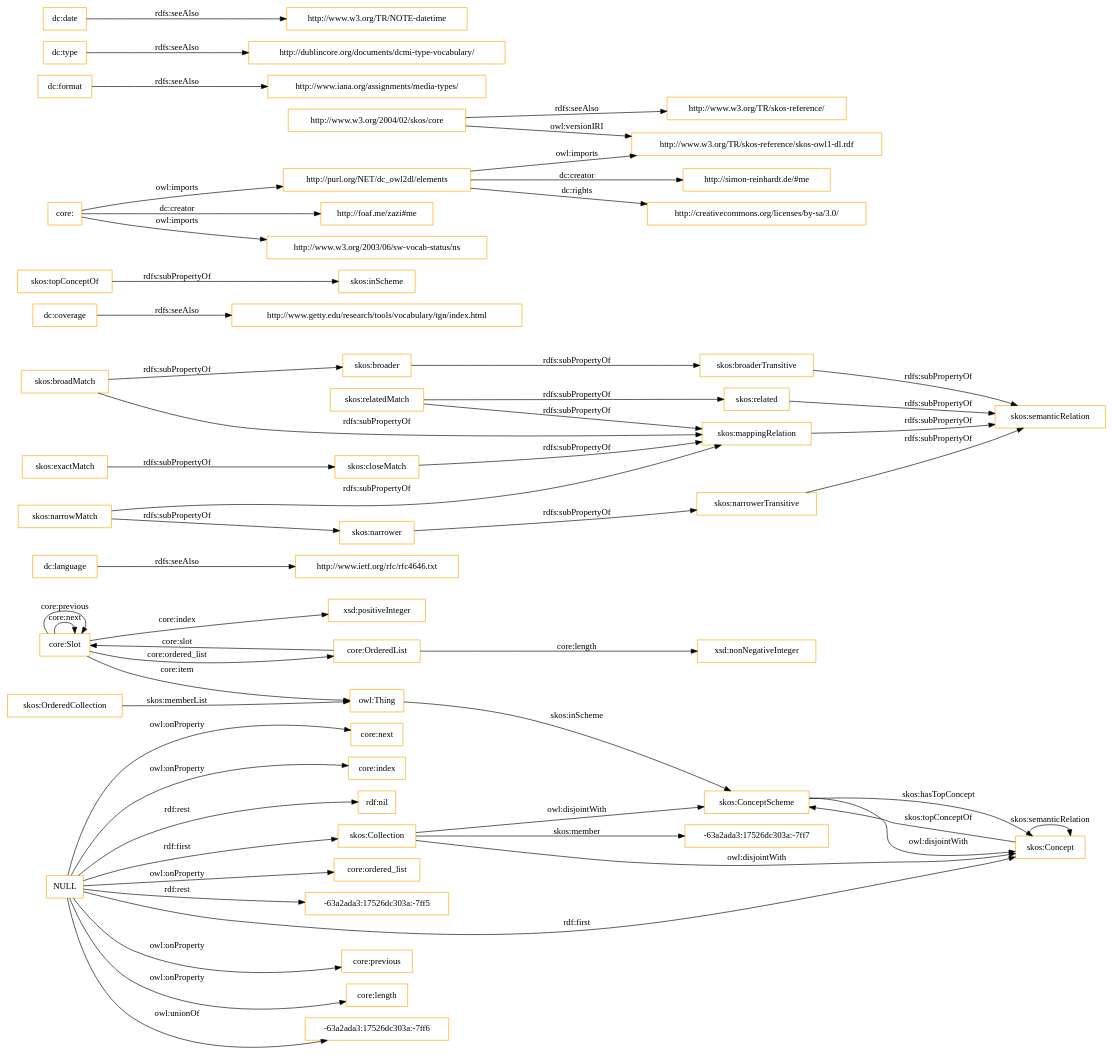
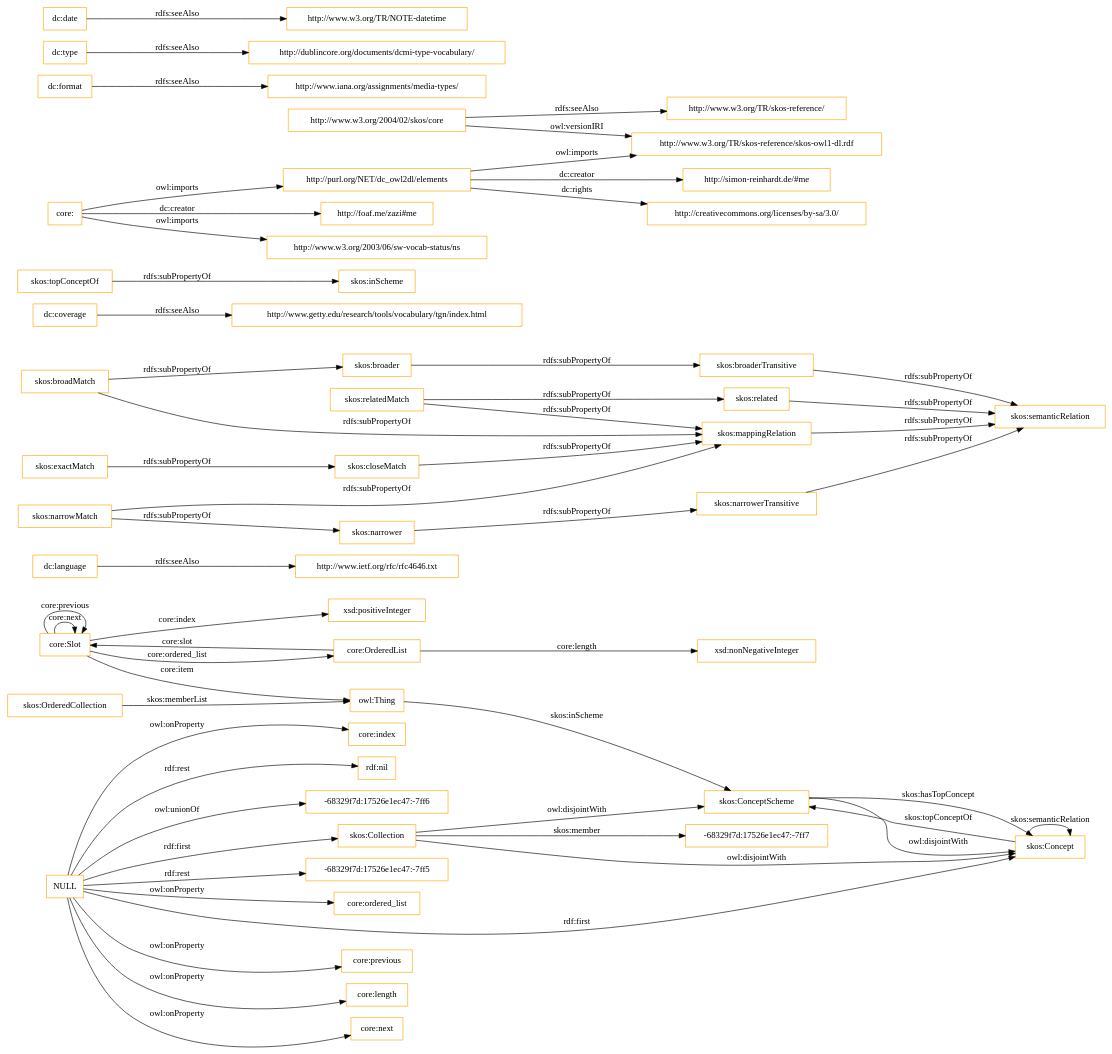
The diagram in OnToology/imports/core.owl/diagrams/ar2dtool-class/core.owl.png.dot (OnToologyUser/core-ontology-1), drawn with Graphviz before and after one commit. The commit also changed 14 other files, not shown here.

```diff
--- a/OnToology/imports/core.owl/diagrams/ar2dtool-class/core.owl.png.dot
+++ b/OnToology/imports/core.owl/diagrams/ar2dtool-class/core.owl.png.dot
@@ -1,60 +1,60 @@
 digraph ar2dtool_diagram { 
 rankdir=LR;
 size="1501"
-node [shape = rectangle, color="orange"]; "core:Slot" "core:OrderedList" "-63a2ada3:17526dc303a:-7ff7" "skos:OrderedCollection" "skos:Collection" "skos:ConceptScheme" "skos:Concept" ; /*classes style*/
+node [shape = rectangle, color="orange"]; "core:Slot" "core:OrderedList" "-68329f7d:17526e1ec47:-7ff7" "skos:OrderedCollection" "skos:Collection" "skos:ConceptScheme" "skos:Concept" ; /*classes style*/
 	"dc:language" -> "http://www.ietf.org/rfc/rfc4646.txt" [ label = "rdfs:seeAlso" ];
 	"NULL" -> "core:previous" [ label = "owl:onProperty" ];
 	"NULL" -> "core:length" [ label = "owl:onProperty" ];
 	"NULL" -> "skos:Concept" [ label = "rdf:first" ];
-	"NULL" -> "-63a2ada3:17526dc303a:-7ff6" [ label = "owl:unionOf" ];
 	"NULL" -> "core:next" [ label = "owl:onProperty" ];
 	"NULL" -> "core:index" [ label = "owl:onProperty" ];
 	"NULL" -> "rdf:nil" [ label = "rdf:rest" ];
+	"NULL" -> "-68329f7d:17526e1ec47:-7ff6" [ label = "owl:unionOf" ];
+	"NULL" -> "-68329f7d:17526e1ec47:-7ff5" [ label = "rdf:rest" ];
 	"NULL" -> "core:ordered_list" [ label = "owl:onProperty" ];
 	"NULL" -> "skos:Collection" [ label = "rdf:first" ];
-	"NULL" -> "-63a2ada3:17526dc303a:-7ff5" [ label = "rdf:rest" ];
 	"skos:closeMatch" -> "skos:mappingRelation" [ label = "rdfs:subPropertyOf" ];
 	"dc:coverage" -> "http://www.getty.edu/research/tools/vocabulary/tgn/index.html" [ label = "rdfs:seeAlso" ];
 	"skos:relatedMatch" -> "skos:related" [ label = "rdfs:subPropertyOf" ];
 	"skos:relatedMatch" -> "skos:mappingRelation" [ label = "rdfs:subPropertyOf" ];
 	"skos:ConceptScheme" -> "skos:Concept" [ label = "owl:disjointWith" ];
 	"skos:related" -> "skos:semanticRelation" [ label = "rdfs:subPropertyOf" ];
 	"skos:topConceptOf" -> "skos:inScheme" [ label = "rdfs:subPropertyOf" ];
 	"skos:broadMatch" -> "skos:broader" [ label = "rdfs:subPropertyOf" ];
 	"skos:broadMatch" -> "skos:mappingRelation" [ label = "rdfs:subPropertyOf" ];
 	"http://purl.org/NET/dc_owl2dl/elements" -> "http://www.w3.org/TR/skos-reference/skos-owl1-dl.rdf" [ label = "owl:imports" ];
 	"http://purl.org/NET/dc_owl2dl/elements" -> "http://creativecommons.org/licenses/by-sa/3.0/" [ label = "dc:rights" ];
 	"http://purl.org/NET/dc_owl2dl/elements" -> "http://simon-reinhardt.de/#me" [ label = "dc:creator" ];
 	"skos:exactMatch" -> "skos:closeMatch" [ label = "rdfs:subPropertyOf" ];
 	"dc:format" -> "http://www.iana.org/assignments/media-types/" [ label = "rdfs:seeAlso" ];
 	"core:" -> "http://foaf.me/zazi#me" [ label = "dc:creator" ];
 	"core:" -> "http://www.w3.org/2003/06/sw-vocab-status/ns" [ label = "owl:imports" ];
 	"core:" -> "http://purl.org/NET/dc_owl2dl/elements" [ label = "owl:imports" ];
 	"skos:broaderTransitive" -> "skos:semanticRelation" [ label = "rdfs:subPropertyOf" ];
 	"skos:mappingRelation" -> "skos:semanticRelation" [ label = "rdfs:subPropertyOf" ];
 	"skos:broader" -> "skos:broaderTransitive" [ label = "rdfs:subPropertyOf" ];
 	"dc:type" -> "http://dublincore.org/documents/dcmi-type-vocabulary/" [ label = "rdfs:seeAlso" ];
 	"http://www.w3.org/2004/02/skos/core" -> "http://www.w3.org/TR/skos-reference/skos-owl1-dl.rdf" [ label = "owl:versionIRI" ];
 	"http://www.w3.org/2004/02/skos/core" -> "http://www.w3.org/TR/skos-reference/" [ label = "rdfs:seeAlso" ];
 	"skos:Collection" -> "skos:ConceptScheme" [ label = "owl:disjointWith" ];
 	"skos:Collection" -> "skos:Concept" [ label = "owl:disjointWith" ];
 	"skos:narrowMatch" -> "skos:narrower" [ label = "rdfs:subPropertyOf" ];
 	"skos:narrowMatch" -> "skos:mappingRelation" [ label = "rdfs:subPropertyOf" ];
 	"skos:narrower" -> "skos:narrowerTransitive" [ label = "rdfs:subPropertyOf" ];
 	"dc:date" -> "http://www.w3.org/TR/NOTE-datetime" [ label = "rdfs:seeAlso" ];
 	"skos:narrowerTransitive" -> "skos:semanticRelation" [ label = "rdfs:subPropertyOf" ];
 	"core:Slot" -> "xsd:positiveInteger" [ label = "core:index" ];
 	"skos:Concept" -> "skos:ConceptScheme" [ label = "skos:topConceptOf" ];
 	"core:Slot" -> "owl:Thing" [ label = "core:item" ];
 	"core:OrderedList" -> "xsd:nonNegativeInteger" [ label = "core:length" ];
 	"core:OrderedList" -> "core:Slot" [ label = "core:slot" ];
-	"skos:Collection" -> "-63a2ada3:17526dc303a:-7ff7" [ label = "skos:member" ];
+	"skos:Collection" -> "-68329f7d:17526e1ec47:-7ff7" [ label = "skos:member" ];
 	"core:Slot" -> "core:Slot" [ label = "core:next" ];
 	"skos:ConceptScheme" -> "skos:Concept" [ label = "skos:hasTopConcept" ];
 	"owl:Thing" -> "skos:ConceptScheme" [ label = "skos:inScheme" ];
 	"core:Slot" -> "core:Slot" [ label = "core:previous" ];
 	"skos:OrderedCollection" -> "owl:Thing" [ label = "skos:memberList" ];
 	"skos:Concept" -> "skos:Concept" [ label = "skos:semanticRelation" ];
 	"core:Slot" -> "core:OrderedList" [ label = "core:ordered_list" ];
 
 }
```
